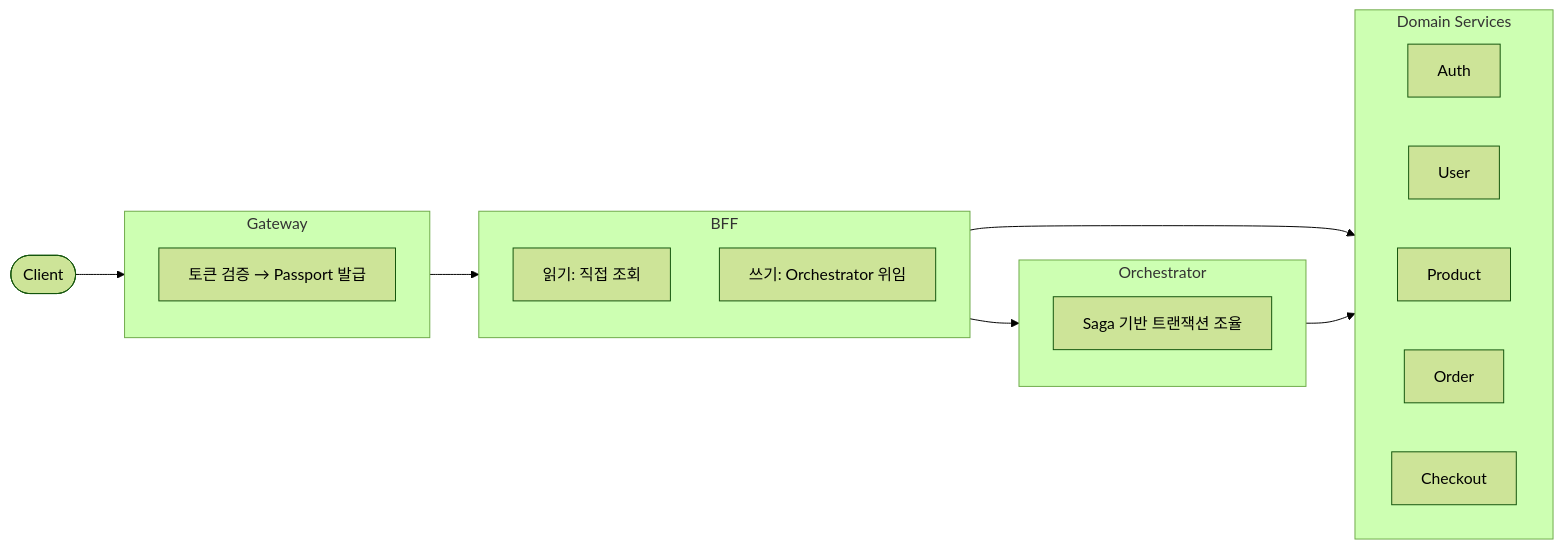
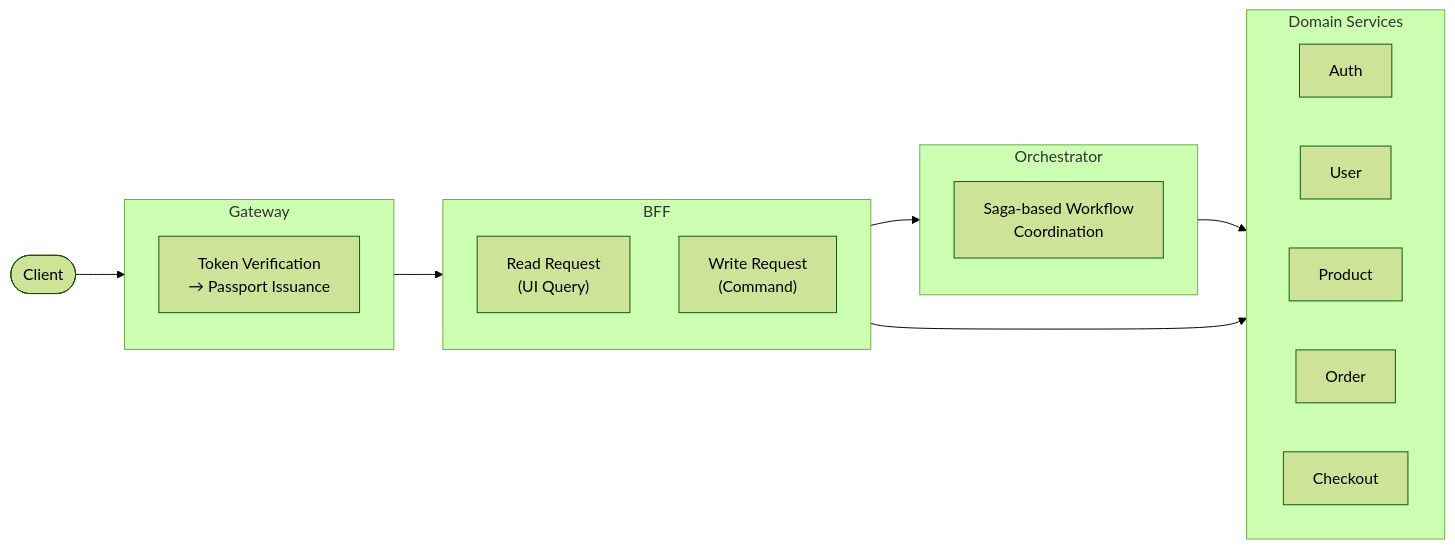
Before and after one commit to LiamKim-DaeYong/nextmall: the first of 2 diagrams in README.md, drawn with Mermaid (forest theme). The commit also changed other lines of this file and 32 other files, not shown here.

````diff
--- a/README.md
+++ b/README.md
@@ -24,34 +55,38 @@
 ```mermaid
 flowchart LR
     Client([Client])
     Client --> Gateway
 
     subgraph Gateway["Gateway"]
-        G1["토큰 검증 → Passport 발급"]
+        G1["Token Verification\n→ Passport Issuance"]
     end
 
     Gateway --> BFF
 
     subgraph BFF["BFF"]
-        B1["읽기: 직접 조회"]
-        B2["쓰기: Orchestrator 위임"]
+        direction TB
+        B1["Read Request\n(UI Query)"]
+        B2["Write Request\n(Command)"]
     end
 
-    BFF --> Orchestrator
-    BFF --> Services
+%% Read flow
+    B1 --> Services
+
+%% Write flow
+    B2 --> Orchestrator
 
     subgraph Orchestrator["Orchestrator"]
-        O1["Saga 기반 트랜잭션 조율"]
+        O1["Saga-based Workflow\nCoordination"]
     end
 
     Orchestrator --> Services
 
     subgraph Services["Domain Services"]
         direction LR
         Auth["Auth"]
         User["User"]
         Product["Product"]
         Order["Order"]
         Checkout["Checkout"]
     end
 ```
````
